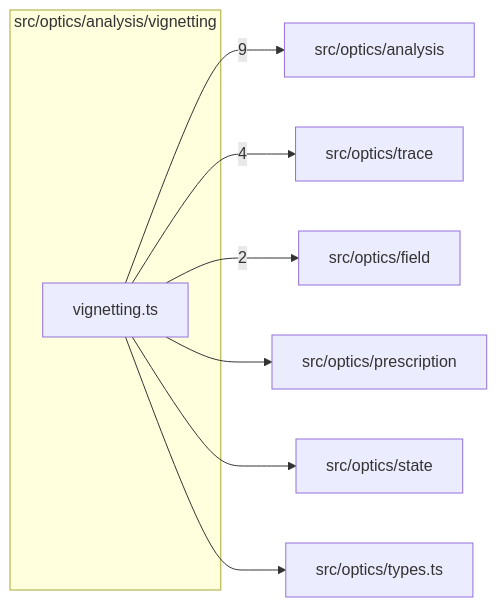
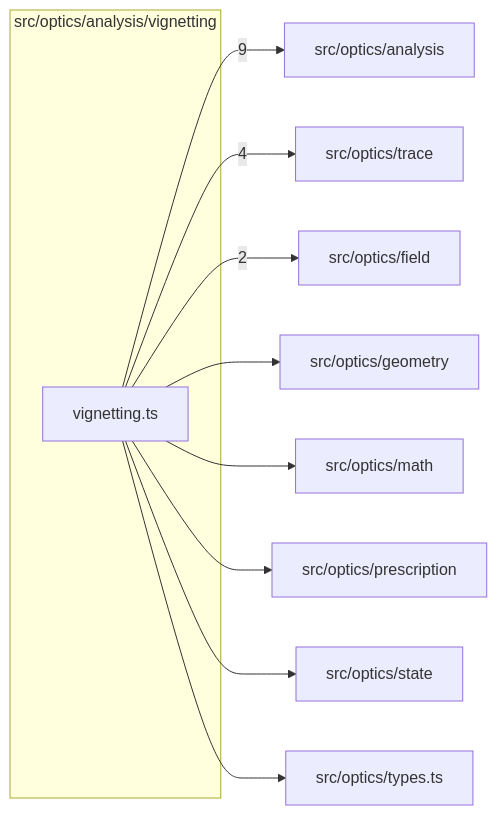
One commit to ronbuening/LensVisualizer changed the diagram in src/optics/analysis/vignetting/readme.md. Above: the diagram before and after it, drawn with Mermaid. The commit also changed other lines of this file and 57 other files, not shown here.

````diff
--- a/src/optics/analysis/vignetting/readme.md
+++ b/src/optics/analysis/vignetting/readme.md
@@ -9,18 +9,22 @@
 ```mermaid
 flowchart LR
   subgraph n_src_optics_analysis_vignetting["src/optics/analysis/vignetting"]
     n_src_optics_analysis_vignetting_src_optics_analysis_vignetting_vignetting_ts["vignetting.ts"]
   end
   n_external_src_optics_analysis["src/optics/analysis"]
   n_external_src_optics_trace["src/optics/trace"]
   n_external_src_optics_field["src/optics/field"]
+  n_external_src_optics_geometry["src/optics/geometry"]
+  n_external_src_optics_math["src/optics/math"]
   n_external_src_optics_prescription["src/optics/prescription"]
   n_external_src_optics_state["src/optics/state"]
   n_external_src_optics_types_ts["src/optics/types.ts"]
   n_src_optics_analysis_vignetting_src_optics_analysis_vignetting_vignetting_ts --> |9| n_external_src_optics_analysis
   n_src_optics_analysis_vignetting_src_optics_analysis_vignetting_vignetting_ts --> |4| n_external_src_optics_trace
   n_src_optics_analysis_vignetting_src_optics_analysis_vignetting_vignetting_ts --> |2| n_external_src_optics_field
+  n_src_optics_analysis_vignetting_src_optics_analysis_vignetting_vignetting_ts --> n_external_src_optics_geometry
+  n_src_optics_analysis_vignetting_src_optics_analysis_vignetting_vignetting_ts --> n_external_src_optics_math
   n_src_optics_analysis_vignetting_src_optics_analysis_vignetting_vignetting_ts --> n_external_src_optics_prescription
   n_src_optics_analysis_vignetting_src_optics_analysis_vignetting_vignetting_ts --> n_external_src_optics_state
   n_src_optics_analysis_vignetting_src_optics_analysis_vignetting_vignetting_ts --> n_external_src_optics_types_ts
 ```
````
